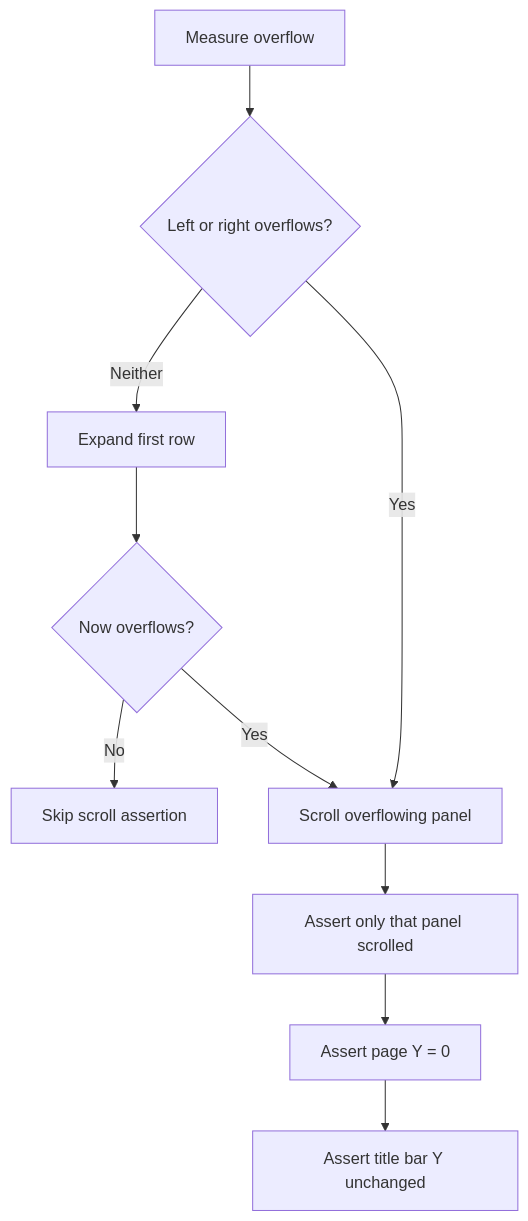
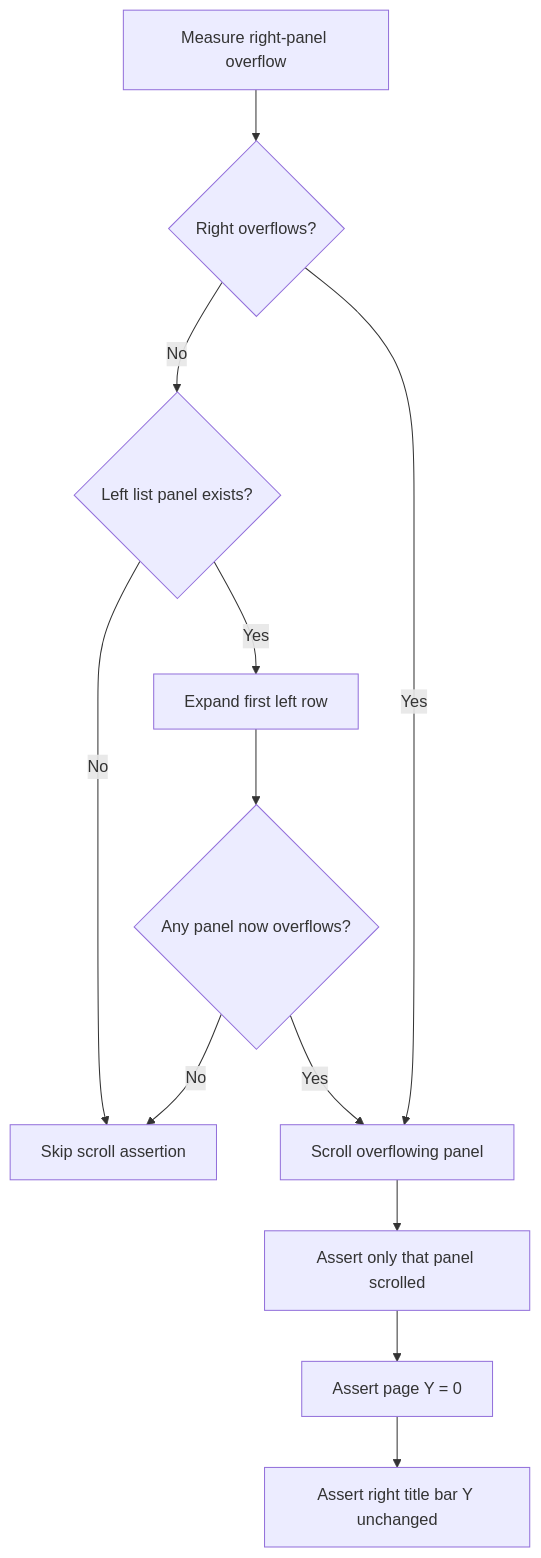
The fourth of 4 diagrams in tests/integration/requirement-package-detail.md (viscalyx/Kravhantering), drawn with Mermaid before and after one commit. The commit also changed other lines of this file and 3 other files, not shown here.

````diff
--- a/tests/integration/requirement-package-detail.md
+++ b/tests/integration/requirement-package-detail.md
@@ -146,12 +150,14 @@
 ```mermaid
 flowchart TD
-    A[Measure overflow] --> B{Left or right overflows?}
-    B -- Neither --> C[Expand first row]
-    C --> D{Now overflows?}
-    D -- No --> E[Skip scroll assertion]
-    D -- Yes --> F[Scroll overflowing panel]
-    B -- Yes --> F
-    F --> G[Assert only that panel scrolled]
-    G --> H[Assert page Y = 0]
-    H --> I[Assert title bar Y unchanged]
+    A[Measure right-panel overflow] --> B{Right overflows?}
+    B -- No --> C{Left list panel exists?}
+    C -- Yes --> D[Expand first left row]
+    C -- No --> E[Skip scroll assertion]
+    D --> F{Any panel now overflows?}
+    F -- No --> E
+    F -- Yes --> G[Scroll overflowing panel]
+    B -- Yes --> G
+    G --> H[Assert only that panel scrolled]
+    H --> I[Assert page Y = 0]
+    I --> J[Assert right title bar Y unchanged]
 ```
````
